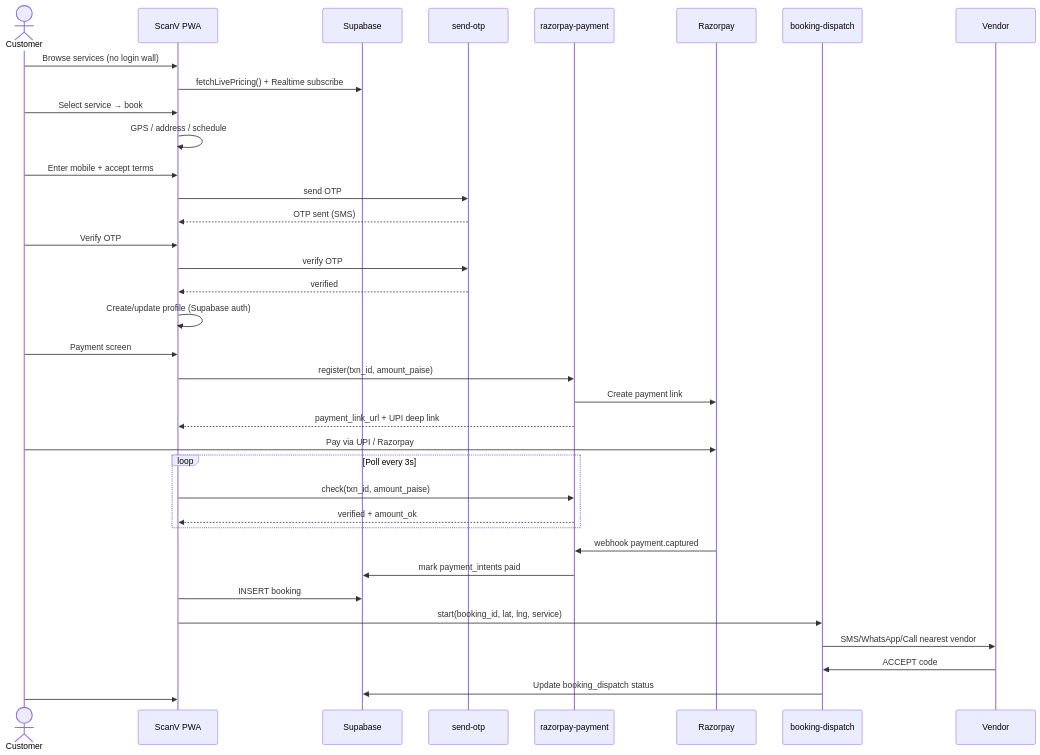
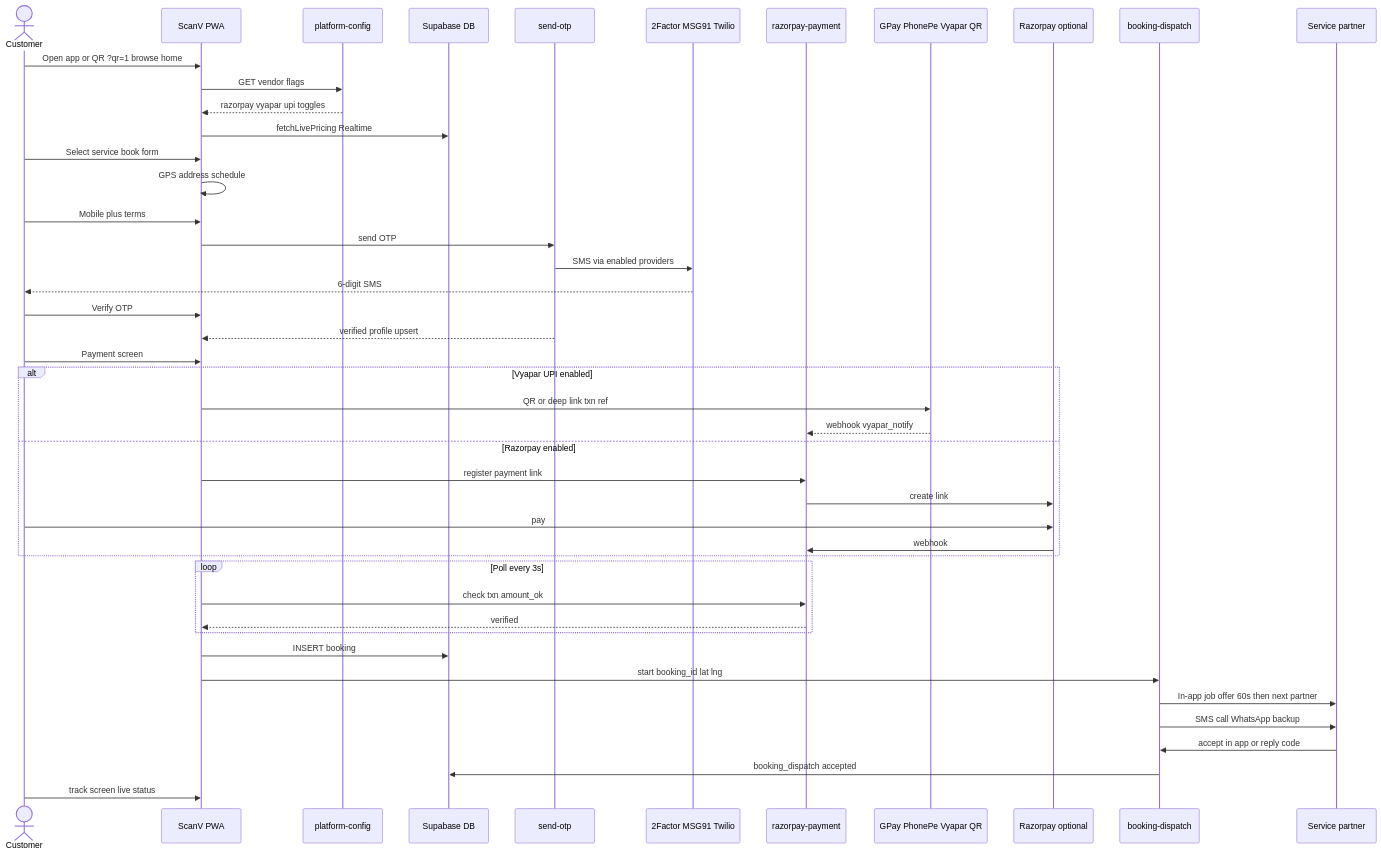
One commit to scanversecorp/scanverse changed the first of 7 diagrams in docs/APP-DATA-FLOW.md. Above: the diagram before and after it, drawn with Mermaid. The commit also changed other lines of this file and 14 other files, not shown here.

First line of the commit message:
Update architecture and data-flow diagrams for v5.5.3.

````diff
--- a/docs/APP-DATA-FLOW.md
+++ b/docs/APP-DATA-FLOW.md
@@ -9,40 +13,48 @@
 ```mermaid
 sequenceDiagram
     actor C as Customer
     participant PWA as ScanV PWA
-    participant SB as Supabase
+    participant PC as platform-config
+    participant SB as Supabase DB
     participant OTP as send-otp
+    participant TF as 2Factor MSG91 Twilio
     participant PAY as razorpay-payment
-    participant RZ as Razorpay
+    participant UPI as GPay PhonePe Vyapar QR
+    participant RZ as Razorpay optional
     participant DISP as booking-dispatch
-    participant V as Vendor
+    participant P as Service partner
 
-    C->>PWA: Browse services (no login wall)
-    PWA->>SB: fetchLivePricing() + Realtime subscribe
-    C->>PWA: Select service → book
-    PWA->>PWA: GPS / address / schedule
-    C->>PWA: Enter mobile + accept terms
+    C->>PWA: Open app or QR ?qr=1 browse home
+    PWA->>PC: GET vendor flags
+    PC-->>PWA: razorpay vyapar upi toggles
+    PWA->>SB: fetchLivePricing Realtime
+    C->>PWA: Select service book form
+    PWA->>PWA: GPS address schedule
+    C->>PWA: Mobile plus terms
     PWA->>OTP: send OTP
-    OTP-->>PWA: OTP sent (SMS)
+    OTP->>TF: SMS via enabled providers
+    TF-->>C: 6-digit SMS
     C->>PWA: Verify OTP
-    PWA->>OTP: verify OTP
-    OTP-->>PWA: verified
-    PWA->>PWA: Create/update profile (Supabase auth)
+    OTP-->>PWA: verified profile upsert
     C->>PWA: Payment screen
-    PWA->>PAY: register(txn_id, amount_paise)
-    PAY->>RZ: Create payment link
-    PAY-->>PWA: payment_link_url + UPI deep link
-    C->>RZ: Pay via UPI / Razorpay
+    alt Vyapar UPI enabled
+        PWA->>UPI: QR or deep link txn ref
+        UPI-->>PAY: webhook vyapar_notify
+    else Razorpay enabled
+        PWA->>PAY: register payment link
+        PAY->>RZ: create link
+        C->>RZ: pay
+        RZ->>PAY: webhook
+    end
     loop Poll every 3s
-        PWA->>PAY: check(txn_id, amount_paise)
-        PAY-->>PWA: verified + amount_ok
+        PWA->>PAY: check txn amount_ok
+        PAY-->>PWA: verified
     end
-    RZ->>PAY: webhook payment.captured
-    PAY->>SB: mark payment_intents paid
     PWA->>SB: INSERT booking
-    PWA->>DISP: start(booking_id, lat, lng, service)
-    DISP->>V: SMS/WhatsApp/Call nearest vendor
-    V->>DISP: ACCEPT code
-    DISP->>SB: Update booking_dispatch status
-    C->>PWA: #track?id=BK-… live status
+    PWA->>DISP: start booking_id lat lng
+    DISP->>P: In-app job offer 60s then next partner
+    DISP->>P: SMS call WhatsApp backup
+    P->>DISP: accept in app or reply code
+    DISP->>SB: booking_dispatch accepted
+    C->>PWA: track screen live status
 ```
````
